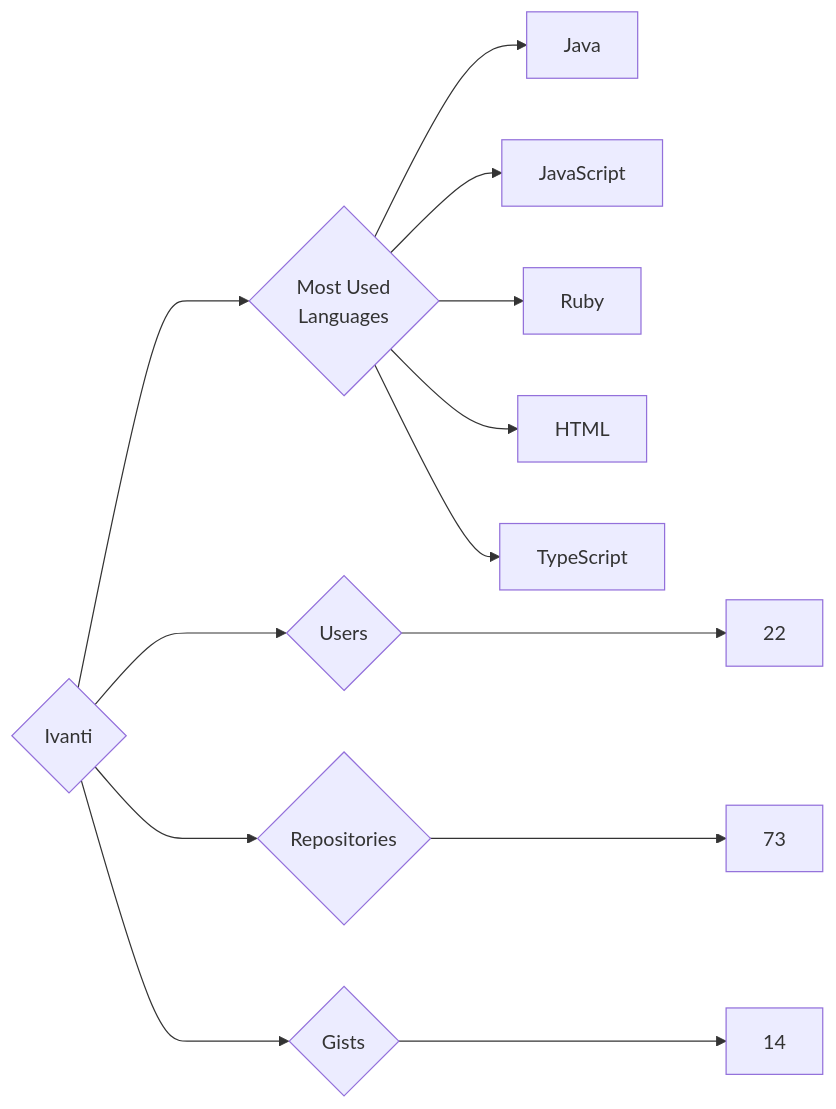
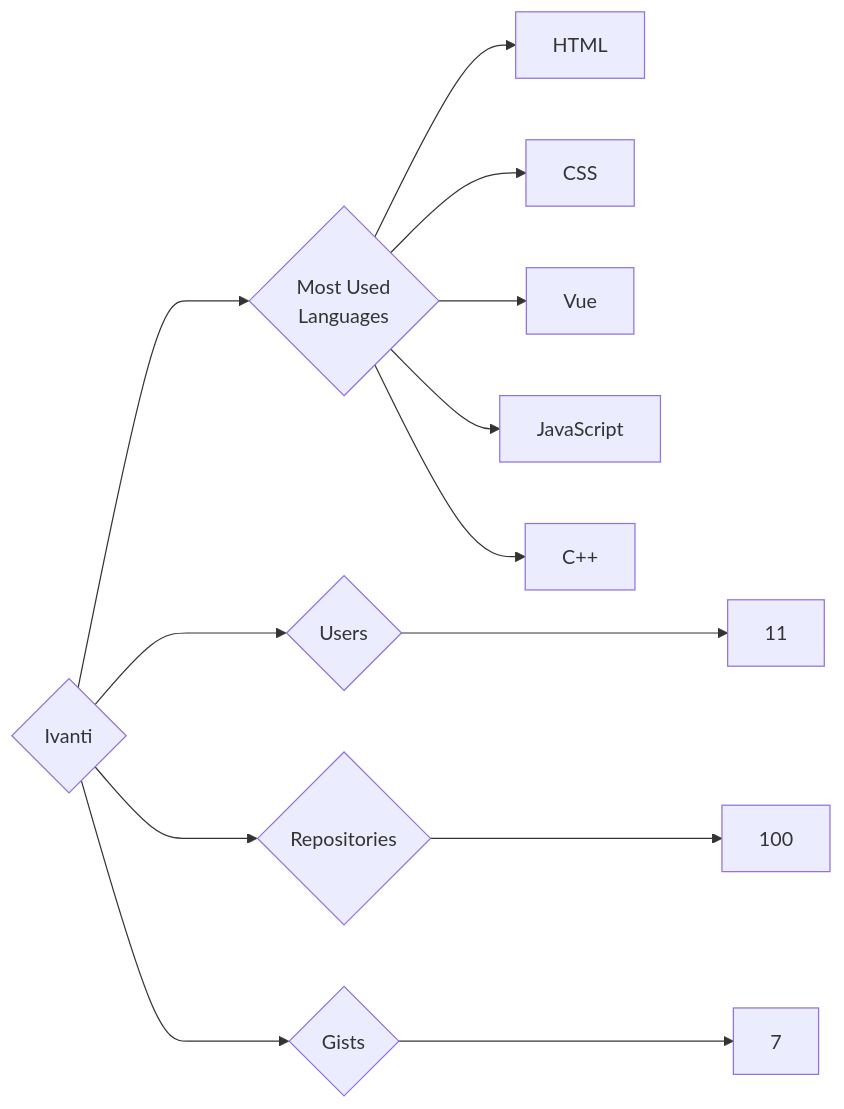
One commit to trickest/insiders changed the diagram in targets/Ivanti/README.md. Above: the diagram before and after it, drawn with Mermaid. The commit also changed 845 other files, not shown here.

````diff
--- a/targets/Ivanti/README.md
+++ b/targets/Ivanti/README.md
@@ -3,13 +3,13 @@
 ```mermaid
 graph LR
 COMPANY_NAME{Ivanti}
-COMPANY_NAME ---> U{Users} ---> UN[22]
-COMPANY_NAME ---> R{Repositories} ---> RN[73]
-COMPANY_NAME ---> G{Gists} ---> GN[14]
+COMPANY_NAME ---> U{Users} ---> UN[11]
+COMPANY_NAME ---> R{Repositories} ---> RN[100]
+COMPANY_NAME ---> G{Gists} ---> GN[7]
 COMPANY_NAME ---> ML{Most Used<br>Languages}
-ML --> Java[Java]
+ML --> HTML[HTML]
+ML --> CSS[CSS]
+ML --> Vue[Vue]
 ML --> JavaScript[JavaScript]
-ML --> Ruby[Ruby]
-ML --> HTML[HTML]
-ML --> TypeScript[TypeScript]
+ML --> C++[C++]
 ```
````
